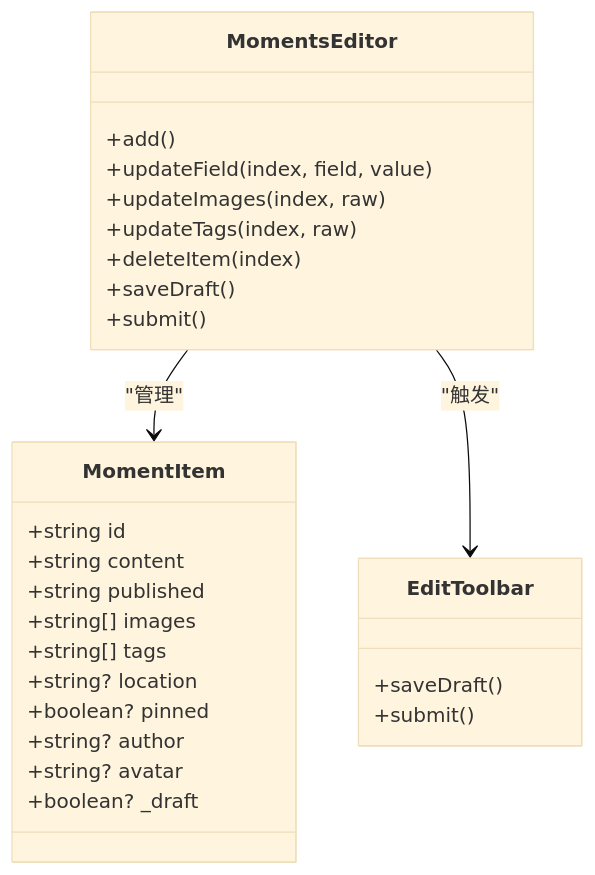
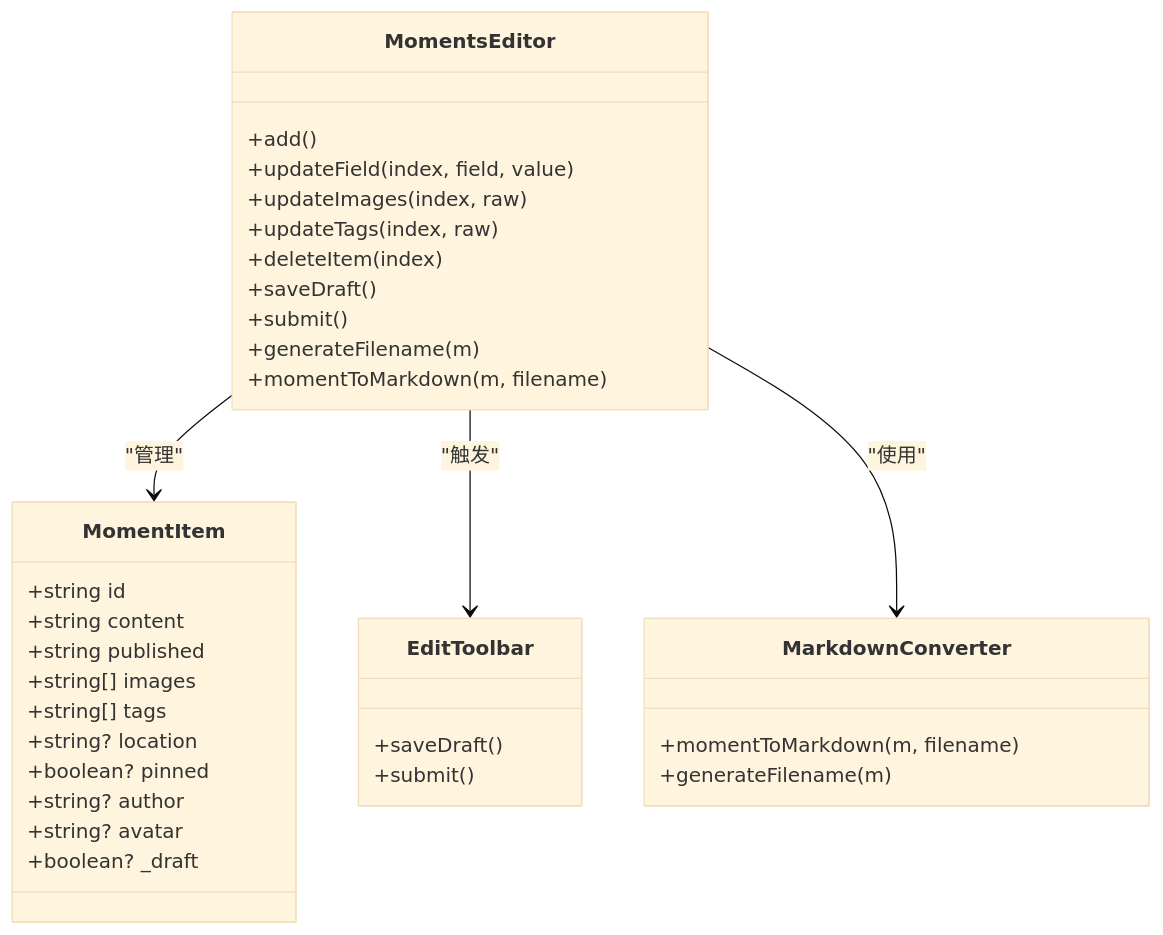
Before and after one commit to olx2990684400-sketch/olx-my-blog: the third of 6 diagrams in .qoder/repowiki/zh/content/内容管理/想法内容管理.md, drawn with Mermaid (base theme). The commit also changed other lines of this file and 21 other files, not shown here.

````diff
--- a/.qoder/repowiki/zh/content/内容管理/想法内容管理.md
+++ b/.qoder/repowiki/zh/content/内容管理/想法内容管理.md
@@ -182,30 +213,37 @@
 ```mermaid
 classDiagram
 class MomentItem {
 +string id
 +string content
 +string published
 +string[] images
 +string[] tags
 +string? location
 +boolean? pinned
 +string? author
 +string? avatar
 +boolean? _draft
 }
 class MomentsEditor {
 +add()
 +updateField(index, field, value)
 +updateImages(index, raw)
 +updateTags(index, raw)
 +deleteItem(index)
 +saveDraft()
 +submit()
++generateFilename(m)
++momentToMarkdown(m, filename)
 }
 class EditToolbar {
 +saveDraft()
 +submit()
 }
+class MarkdownConverter {
++momentToMarkdown(m, filename)
++generateFilename(m)
+}
 MomentsEditor --> MomentItem : "管理"
 MomentsEditor --> EditToolbar : "触发"
+MomentsEditor --> MarkdownConverter : "使用"
 ```
````
